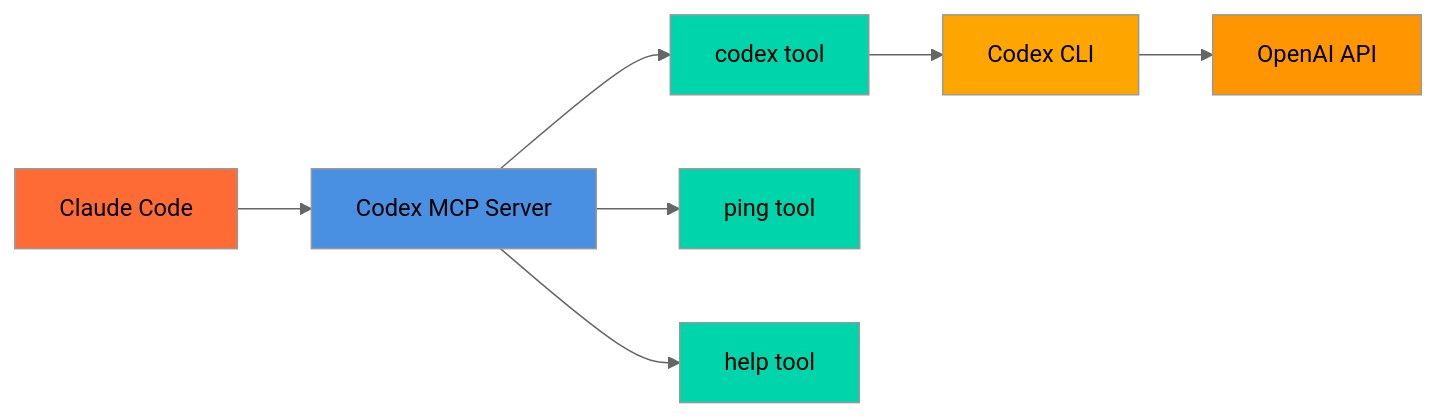
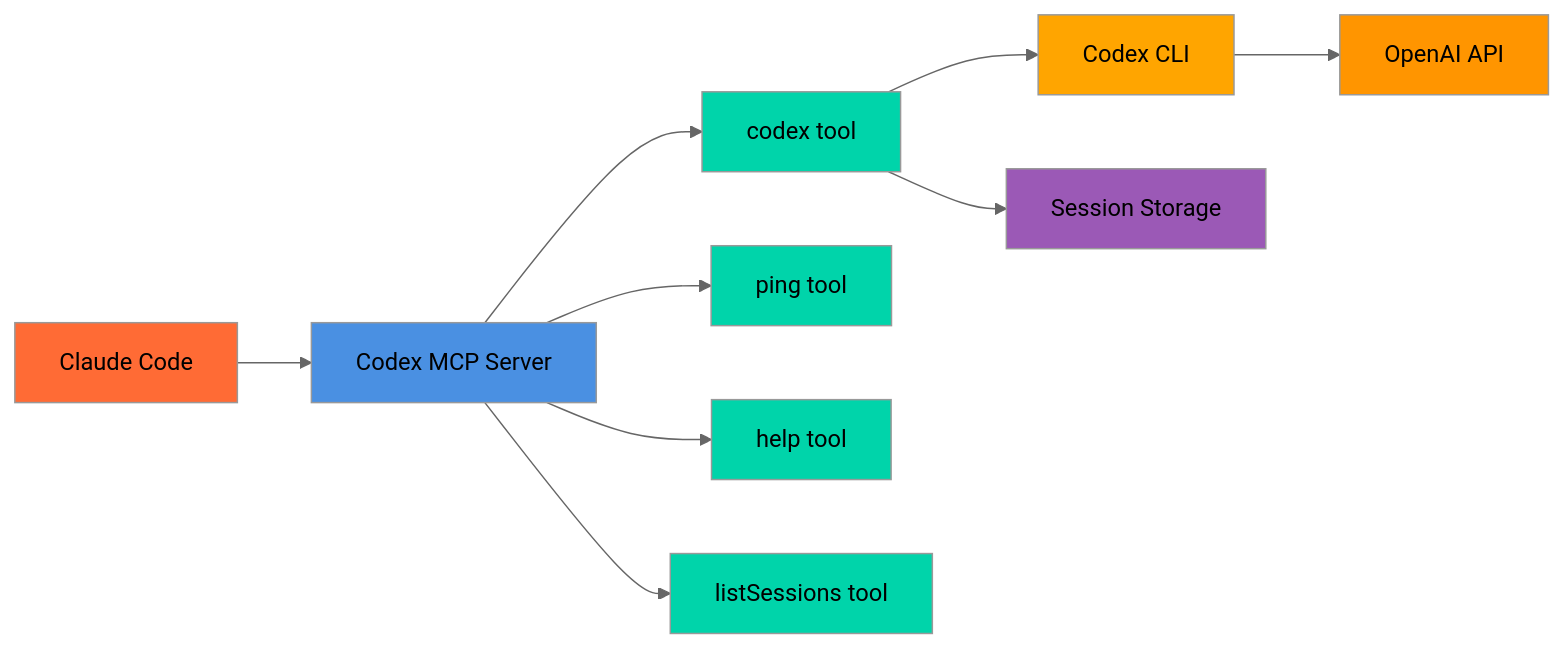
The diagram in README.md (tuannvm/codex-mcp-server), drawn with Mermaid (neutral theme) before and after one commit. The commit also changed other lines of this file and 15 other files, not shown here.

Commit message:
feat(session): Implement in-memory session storage with TTL and management

````diff
--- a/README.md
+++ b/README.md
@@ -5,19 +5,23 @@
 ```mermaid
 graph LR
     A[Claude Code] --> B[Codex MCP Server]
-    
+
     B --> C[codex tool]
-    B --> D[ping tool] 
+    B --> D[ping tool]
     B --> E[help tool]
-    
-    C --> F[Codex CLI]
-    F --> G[OpenAI API]
-    
+    B --> F[listSessions tool]
+
+    C --> G[Codex CLI]
+    C --> H[Session Storage]
+    G --> I[OpenAI API]
+
     style A fill:#FF6B35
     style B fill:#4A90E2
     style C fill:#00D4AA
     style D fill:#00D4AA
     style E fill:#00D4AA
-    style F fill:#FFA500
-    style G fill:#FF9500
+    style F fill:#00D4AA
+    style G fill:#FFA500
+    style H fill:#9B59B6
+    style I fill:#FF9500
 ```
````
